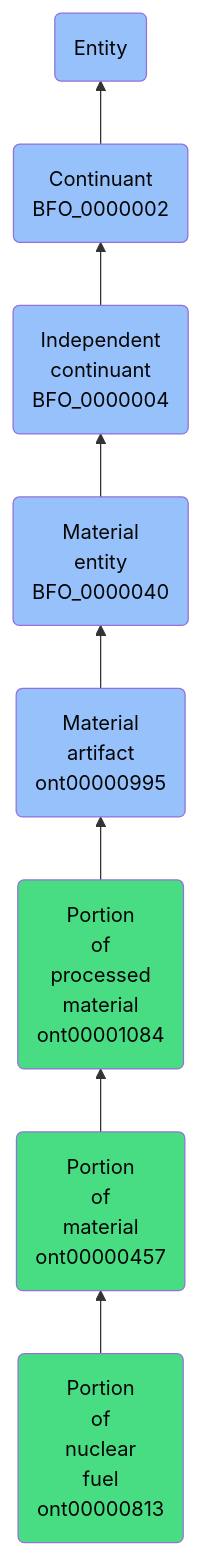
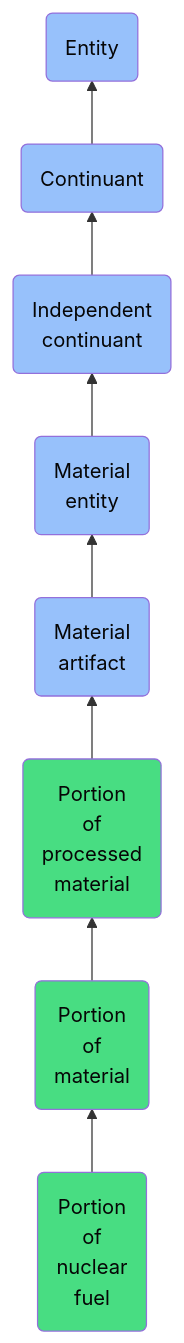
The diagram in docs/ontology/reference/model/Entity/Continuant/Independent continuant/Material entity/Material artifact/Portion of processed material/Portion of material/Portion of nuclear fuel/Portion of nuclear fuel.md (jupyter-naas/abi), drawn with Mermaid before and after one commit. The commit also changed other lines of this file and 1430 other files, not shown here.

````diff
--- a/docs/ontology/reference/model/Entity/Continuant/Independent continuant/Material entity/Material artifact/Portion of processed material/Portion of material/Portion of nuclear fuel/Portion of nuclear fuel.md
+++ b/docs/ontology/reference/model/Entity/Continuant/Independent continuant/Material entity/Material artifact/Portion of processed material/Portion of material/Portion of nuclear fuel/Portion of nuclear fuel.md
@@ -24,15 +24,15 @@
 ```mermaid
 graph BT
-    ont00000813(Portion<br>of<br>nuclear<br>fuel<br>ont00000813):::ABI-->ont00000457
-    ont00000457(Portion<br>of<br>material<br>ont00000457):::ABI-->ont00001084
-    ont00001084(Portion<br>of<br>processed<br>material<br>ont00001084):::ABI-->ont00000995
-    ont00000995(Material<br>artifact<br>ont00000995):::BFO-->BFO_0000040
-    BFO_0000040(Material<br>entity<br>BFO_0000040):::BFO-->BFO_0000004
-    BFO_0000004(Independent<br>continuant<br>BFO_0000004):::BFO-->BFO_0000002
-    BFO_0000002(Continuant<br>BFO_0000002):::BFO-->BFO_0000001
+    ont00000813(Portion<br>of<br>nuclear<br>fuel):::ABI-->ont00000457
+    ont00000457(Portion<br>of<br>material):::ABI-->ont00001084
+    ont00001084(Portion<br>of<br>processed<br>material):::ABI-->ont00000995
+    ont00000995(Material<br>artifact):::BFO-->BFO_0000040
+    BFO_0000040(Material<br>entity):::BFO-->BFO_0000004
+    BFO_0000004(Independent<br>continuant):::BFO-->BFO_0000002
+    BFO_0000002(Continuant):::BFO-->BFO_0000001
     BFO_0000001(Entity):::BFO
     
     classDef BFO fill:#97c1fb,color:#060606
     classDef CCO fill:#e4c51e,color:#060606
     classDef ABI fill:#48DD82,color:#060606
 ```
````
